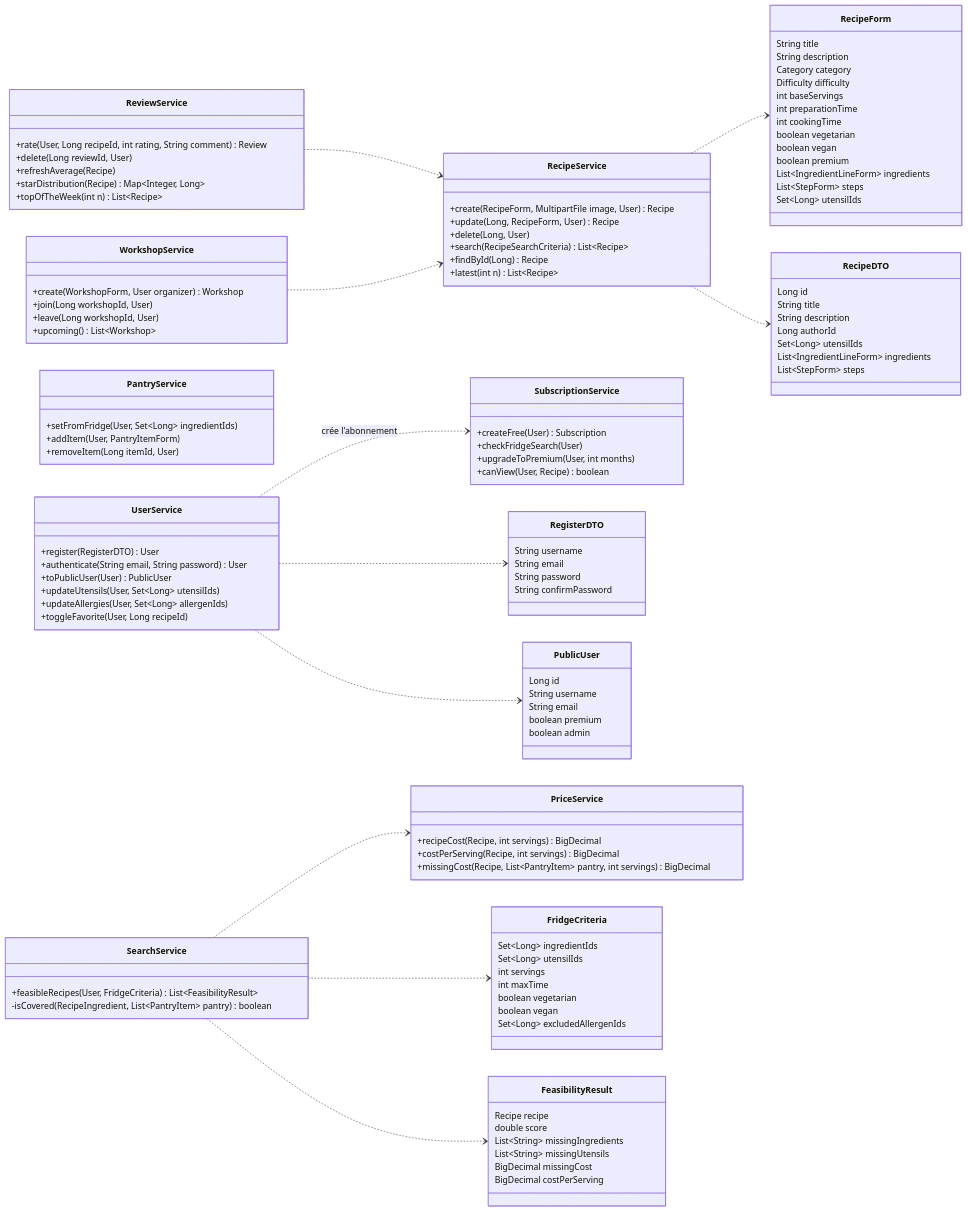
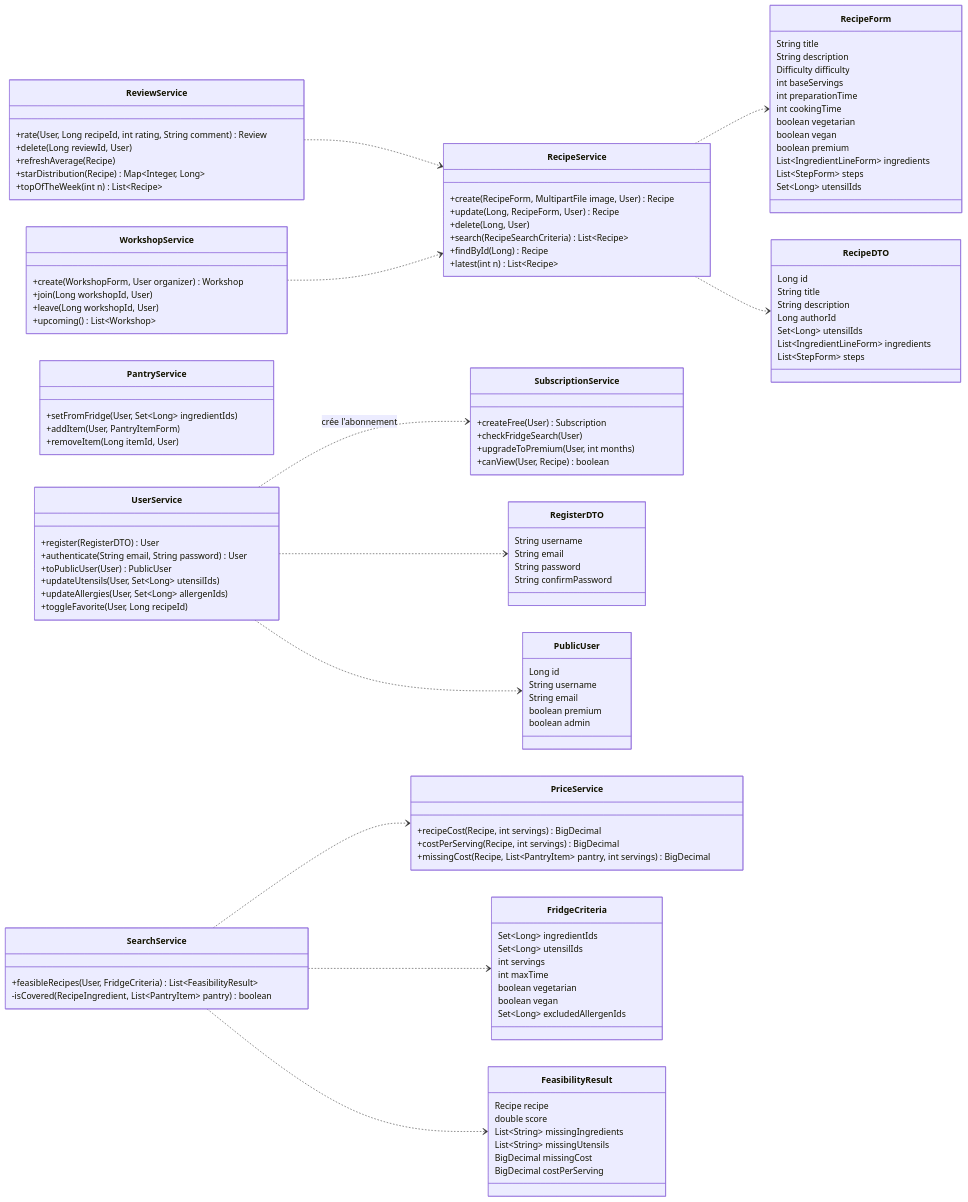
The second of 10 diagrams in cookieapp/uml-cookie-app.md (CookieCode5/CookieApp), drawn with Mermaid before and after one commit. The commit also changed other lines of this file and 9 other files, not shown here.

Commit message:
Retrait de la notion de catégorie qui ne sert à rien dans le projet changement dans l'uml aussi du coup, maj du tailwind pour être en accord avec la charte et minor changes dans les fichiers pour enlever les traces de l'enum Categories

```diff
--- a/cookieapp/uml-cookie-app.md
+++ b/cookieapp/uml-cookie-app.md
@@ -362,7 +351,6 @@
     class RecipeForm {
         String title
         String description
-        Category category
         Difficulty difficulty
         int baseServings
         int preparationTime
```
